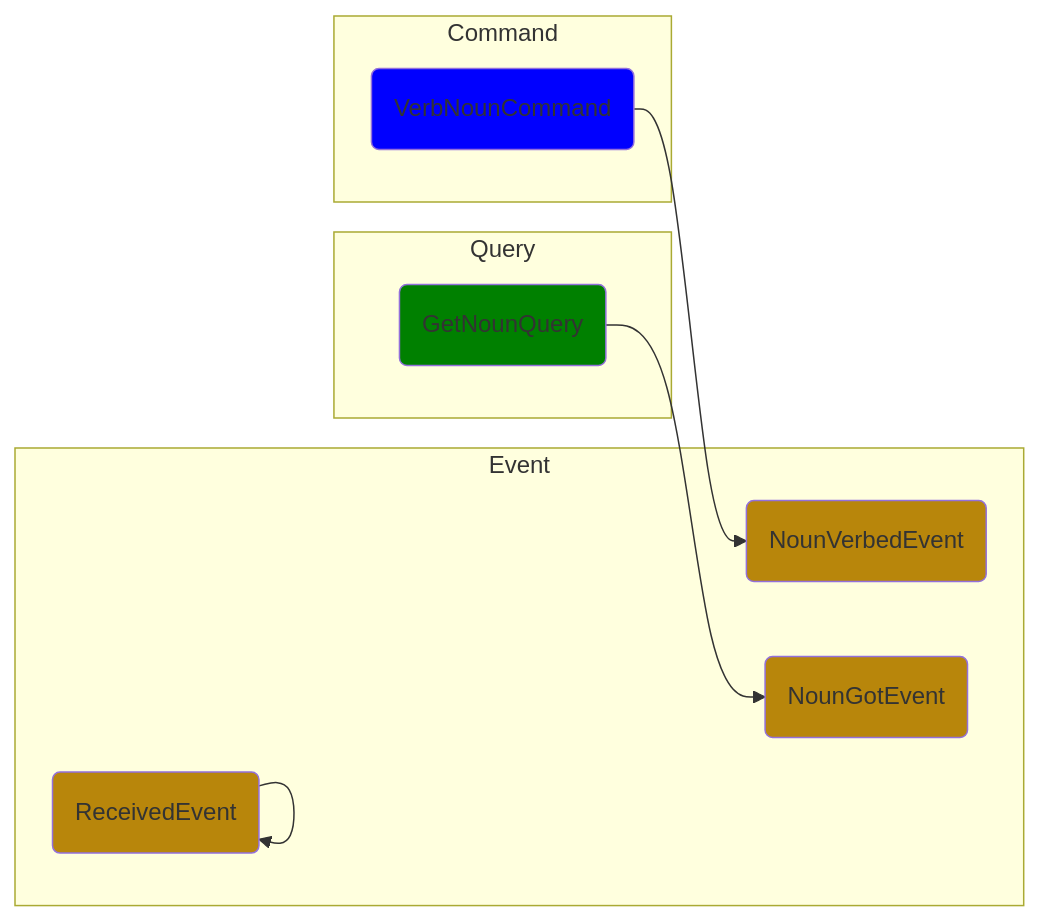
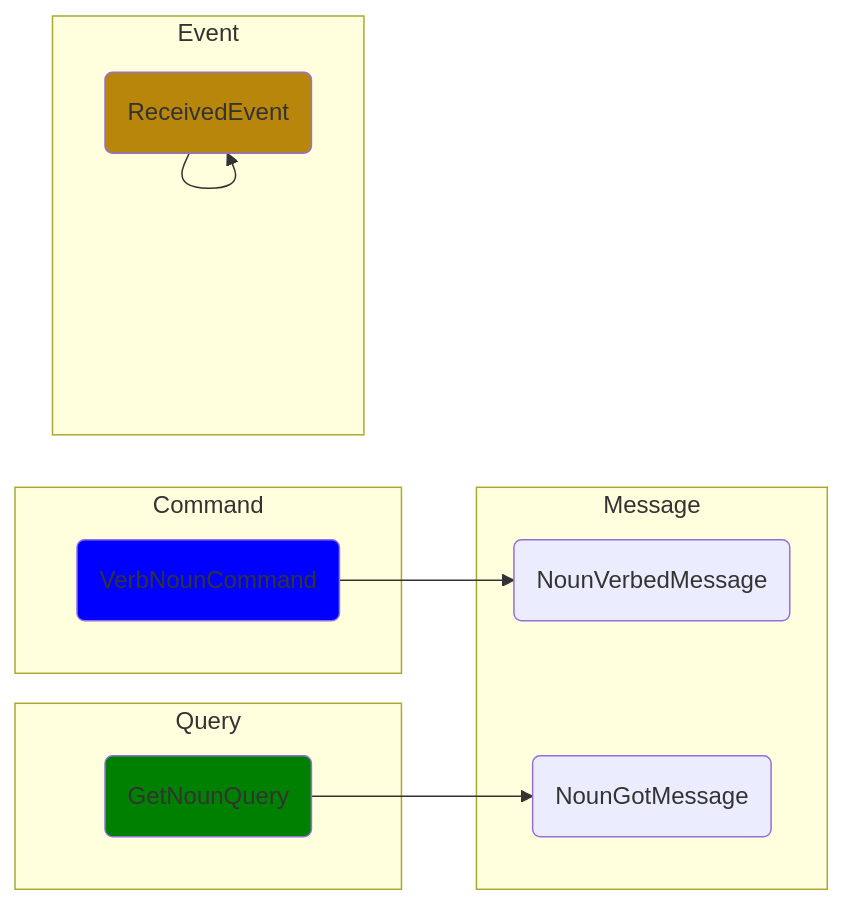
The first of 4 diagrams in README.md (wechaty/cqrs), drawn with Mermaid before and after one commit. The commit also changed other lines of this file and 1 other file, not shown here.

Commit message:
add event diagram

````diff
--- a/README.md
+++ b/README.md
@@ -61,26 +63,29 @@
 ```mermaid
 graph LR
   classDef event fill:DarkGoldenRod
   classDef command fill:blue
   classDef query fill:green
 
   subgraph Command
     C(VerbNounCommand):::command
   end
 
-  subgraph Event
-    ER(ReceivedEvent):::event
-    EC(NounVerbedEvent):::event
-    EQ(NounGotEvent):::event
+  subgraph Message
+    MC(NounVerbedMessage)
+    MQ(NounGotMessage)
   end
-
+    
   subgraph Query
     Q(GetNounQuery):::query
   end
 
-  C-->EC
+  subgraph Event
+    ER(ReceivedEvent):::event
+  end
+
+  C-->MC
 
   ER-->ER
 
-  Q-->EQ
+  Q-->MQ
 ```
````
